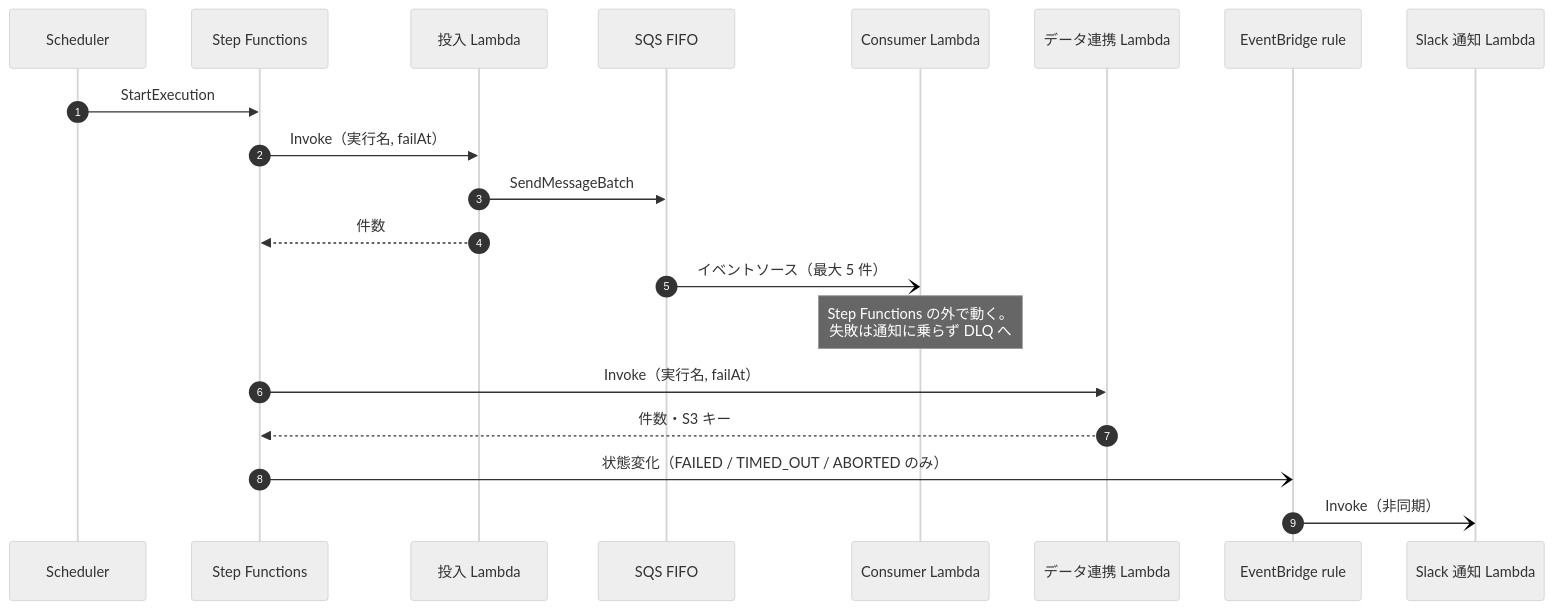
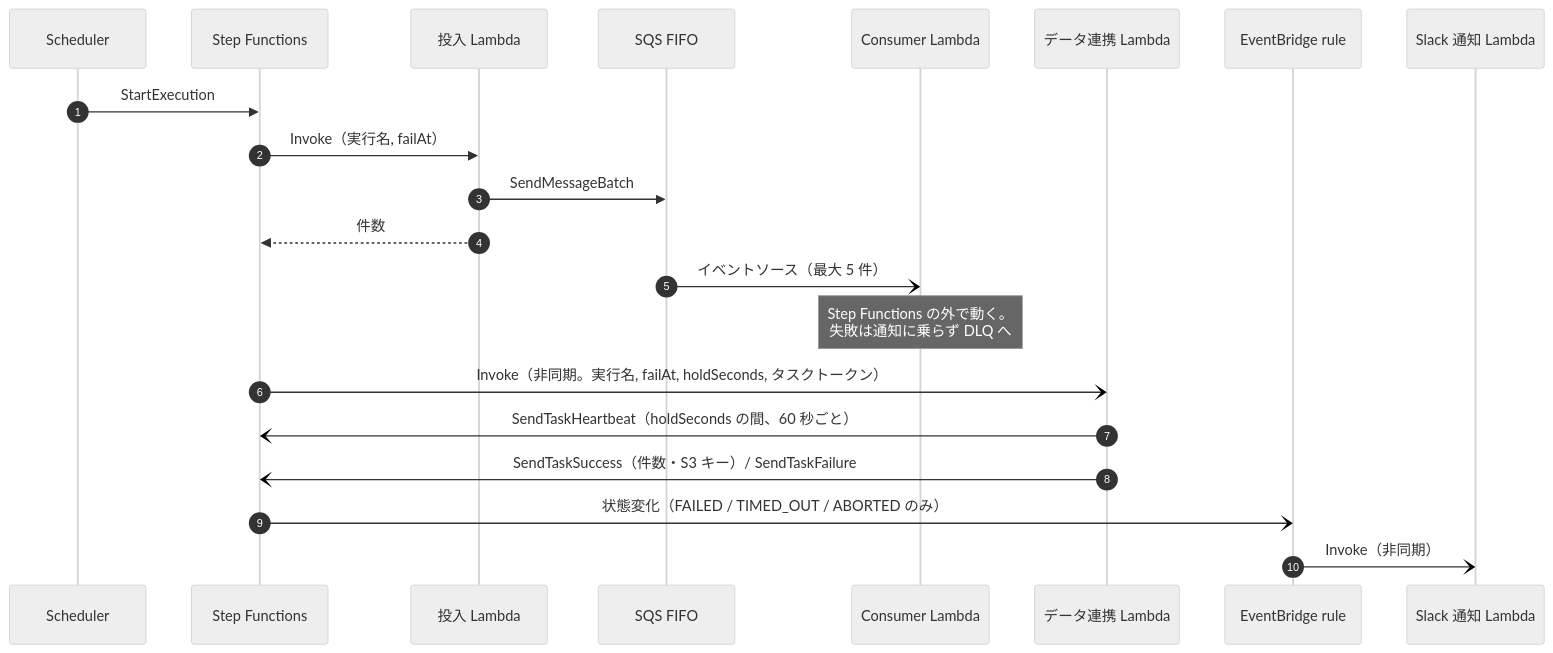
One commit to kojikawazu/serverless-practice-app changed the diagram in docs/03-functional-specification.md. Above: the diagram before and after it, drawn with Mermaid (neutral theme). The commit also changed other lines of this file and 21 other files, not shown here.

````diff
--- a/docs/03-functional-specification.md
+++ b/docs/03-functional-specification.md
@@ -81,23 +90,24 @@
 ```mermaid
 sequenceDiagram
     autonumber
     participant SCH as Scheduler
     participant SFN as Step Functions
     participant ENQ as 投入 Lambda
     participant Q as SQS FIFO
     participant CON as Consumer Lambda
     participant SYNC as データ連携 Lambda
     participant RULE as EventBridge rule
     participant NOTIFY as Slack 通知 Lambda
 
     SCH->>SFN: StartExecution
     SFN->>ENQ: Invoke（実行名, failAt）
     ENQ->>Q: SendMessageBatch
     ENQ-->>SFN: 件数
     Q-)CON: イベントソース（最大 5 件）
     Note over CON: Step Functions の外で動く。<br/>失敗は通知に乗らず DLQ へ
-    SFN->>SYNC: Invoke（実行名, failAt）
-    SYNC-->>SFN: 件数・S3 キー
+    SFN-)SYNC: Invoke（非同期。実行名, failAt, holdSeconds, タスクトークン）
+    SYNC-)SFN: SendTaskHeartbeat（holdSeconds の間、60 秒ごと）
+    SYNC-)SFN: SendTaskSuccess（件数・S3 キー）/ SendTaskFailure
     SFN-)RULE: 状態変化（FAILED / TIMED_OUT / ABORTED のみ）
     RULE-)NOTIFY: Invoke（非同期）
 ```
````
